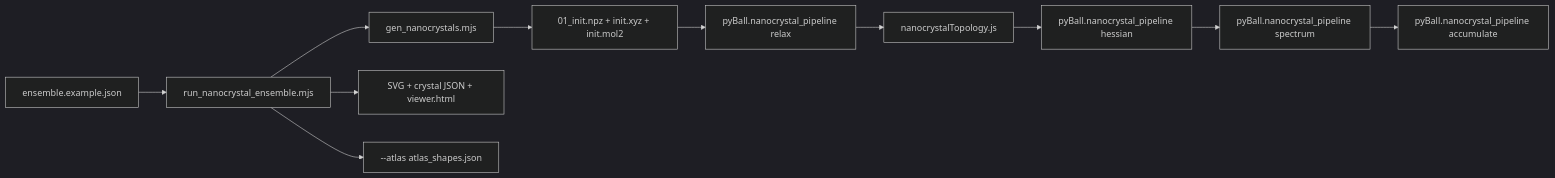
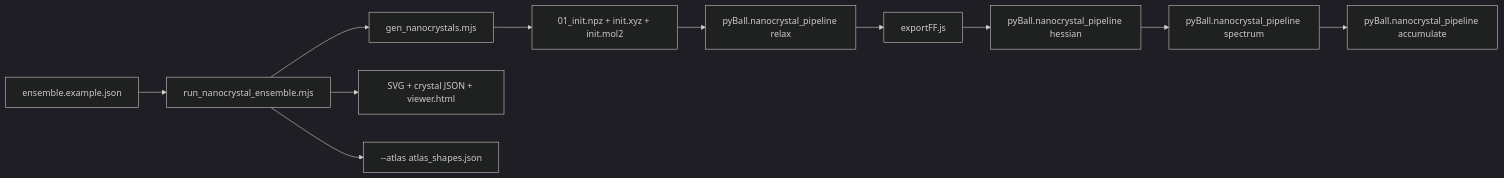
The third of 3 diagrams in doc/Topics/FTIR_Nanocrystals/Nanocrystal_pipeline.progress.md (ProkopHapala/FireCore), drawn with Mermaid (dark theme) before and after one commit. The commit also changed other lines of this file and 18 other files, not shown here.

````diff
--- a/doc/Topics/FTIR_Nanocrystals/Nanocrystal_pipeline.progress.md
+++ b/doc/Topics/FTIR_Nanocrystals/Nanocrystal_pipeline.progress.md
@@ -1297,13 +1297,13 @@
 ```mermaid
 flowchart LR
   CFG[ensemble.example.json] --> ORCH[run_nanocrystal_ensemble.mjs]
   ORCH --> GEN[gen_nanocrystals.mjs]
   GEN --> INIT[01_init.npz + init.xyz + init.mol2]
   INIT --> RELAX[pyBall.nanocrystal_pipeline relax]
-  RELAX --> TOPO[nanocrystalTopology.js]
+  RELAX --> TOPO[exportFF.js]
   TOPO --> HESS[pyBall.nanocrystal_pipeline hessian]
   HESS --> SPEC[pyBall.nanocrystal_pipeline spectrum]
   SPEC --> ACC[pyBall.nanocrystal_pipeline accumulate]
   ORCH --> DBG[SVG + crystal JSON + viewer.html]
   ORCH --> ATLAS[--atlas atlas_shapes.json]
 ```
````
